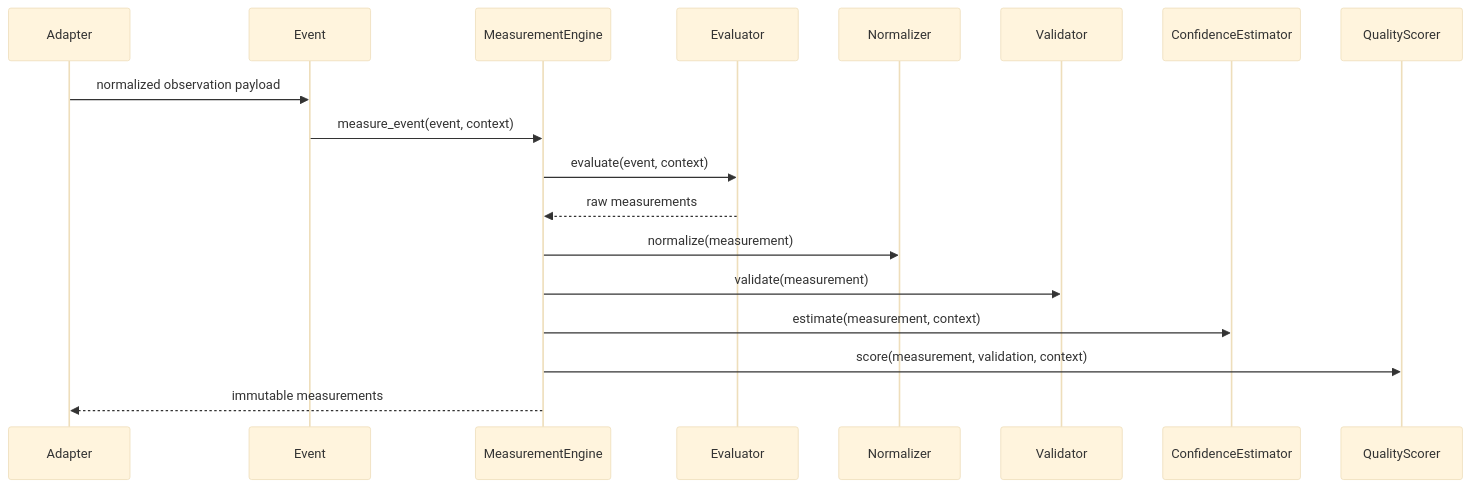
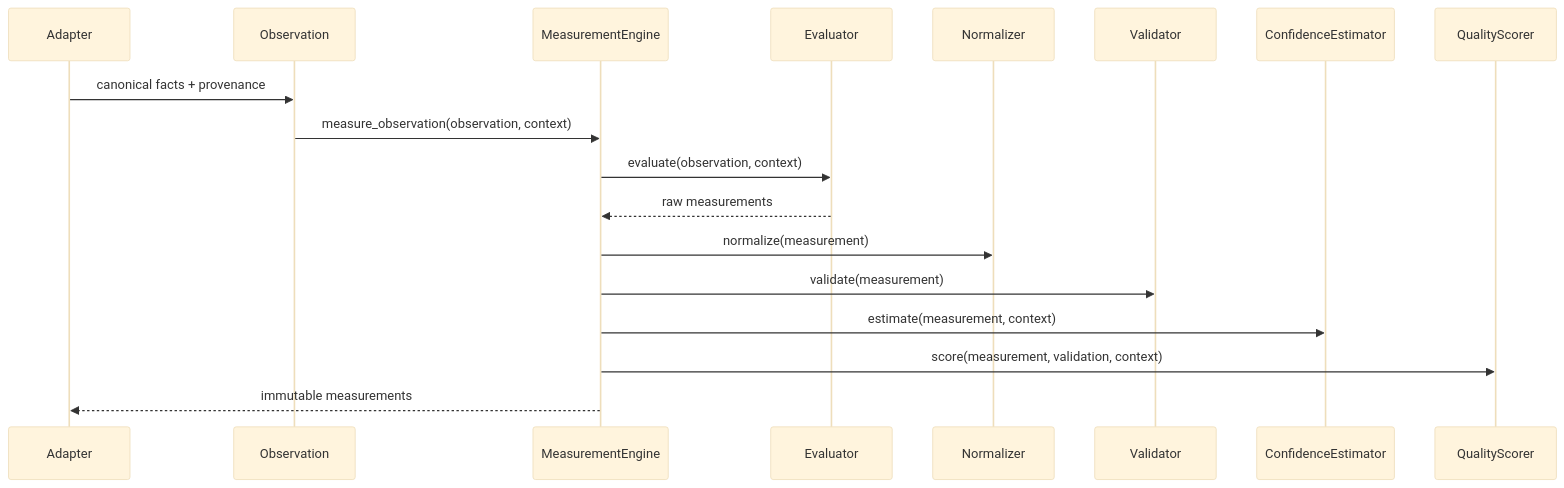
The diagram in latent-engine/docs/architecture/measurement_layer.md (Nithin-2005-dev/PIA-GH), drawn with Mermaid (base theme) before and after one commit. The commit also changed other lines of this file and 46 other files, not shown here.

First line of the commit message:
refactor(observation): implement M36 canonical Observation Layer architecture

````diff
--- a/latent-engine/docs/architecture/measurement_layer.md
+++ b/latent-engine/docs/architecture/measurement_layer.md
@@ -213,21 +213,21 @@
 ```mermaid
 sequenceDiagram
   participant Adapter
-  participant Event
+  participant Observation
   participant Engine as MeasurementEngine
   participant Eval as Evaluator
   participant Norm as Normalizer
   participant Val as Validator
   participant Conf as ConfidenceEstimator
   participant Qual as QualityScorer
 
-  Adapter->>Event: normalized observation payload
-  Event->>Engine: measure_event(event, context)
-  Engine->>Eval: evaluate(event, context)
+  Adapter->>Observation: canonical facts + provenance
+  Observation->>Engine: measure_observation(observation, context)
+  Engine->>Eval: evaluate(observation, context)
   Eval-->>Engine: raw measurements
   Engine->>Norm: normalize(measurement)
   Engine->>Val: validate(measurement)
   Engine->>Conf: estimate(measurement, context)
   Engine->>Qual: score(measurement, validation, context)
   Engine-->>Adapter: immutable measurements
 ```
````
